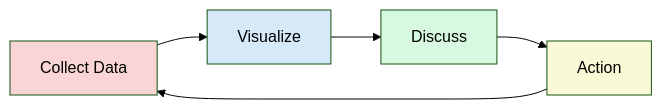
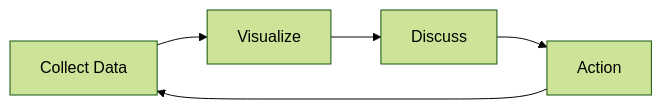
The second of 2 diagrams in src/content/wiki/operating-model/alignment/alignment-feedback.md (carlsendk/tech-leadership), drawn with Mermaid (forest theme) before and after one commit. The commit also changed 10 other files, not shown here.

First line of the commit message:
Update global Mermaid theme to use app's teal color scheme

````diff
--- a/src/content/wiki/operating-model/alignment/alignment-feedback.md
+++ b/src/content/wiki/operating-model/alignment/alignment-feedback.md
@@ -48,12 +48,8 @@
 ```mermaid
 graph LR
     A[Collect Data] --> B[Visualize]
     B --> C[Discuss]
     C --> D[Action]
     D --> A
     
-    style A fill:#f9d6d5
-    style B fill:#d6e9f9
-    style C fill:#d6f9e0
-    style D fill:#f9f9d6
 ```
````
